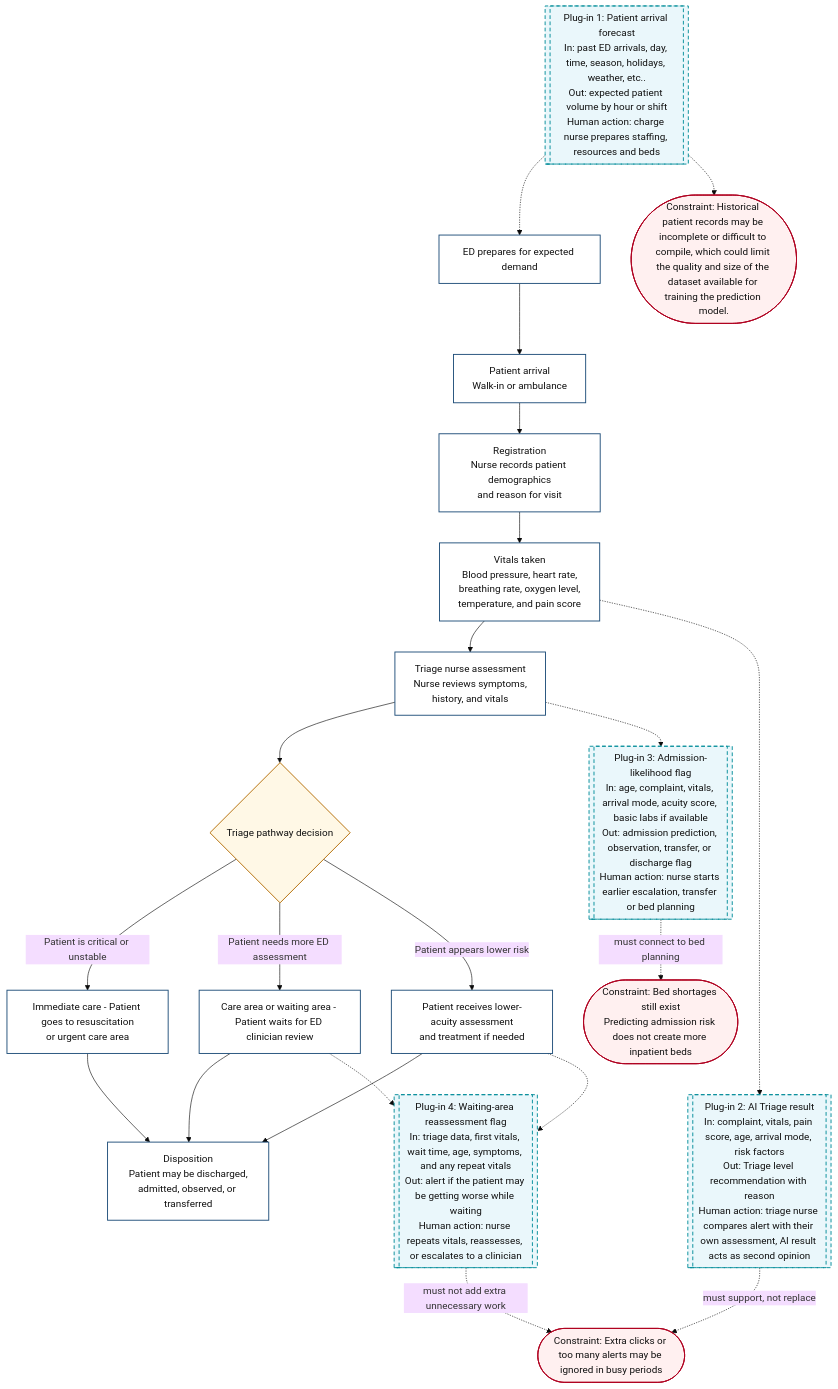
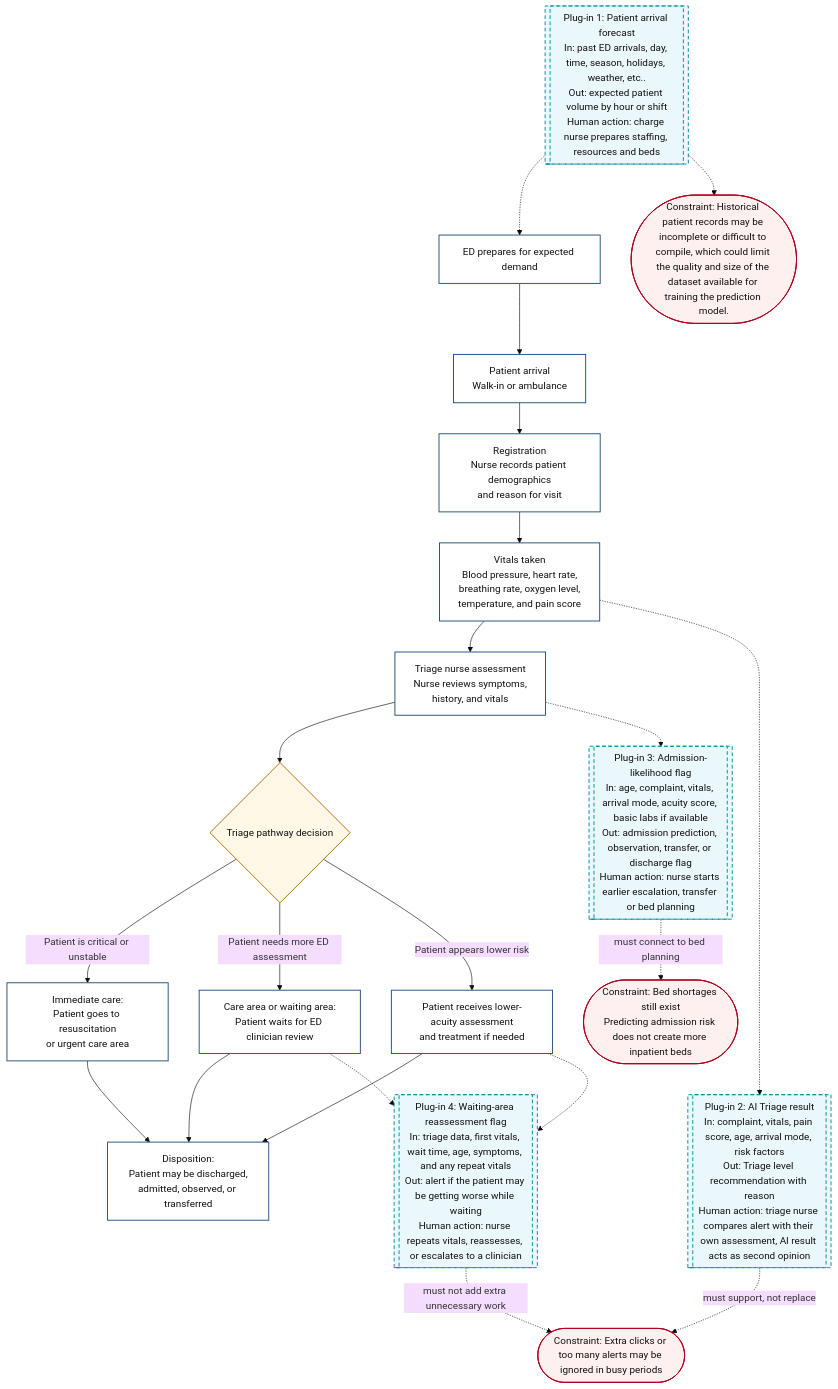
The diagram in docs/week_3_workflow_diagram.md (tinadams/carisurg-portfolio), drawn with Mermaid (base theme) before and after one commit.

Commit message:
Refine workflow diagram text for clarity

````diff
--- a/docs/week_3_workflow_diagram.md
+++ b/docs/week_3_workflow_diagram.md
@@ -1,61 +1,61 @@
 ```mermaid
 flowchart TD
 
 A[Patient arrival<br/>Walk-in or ambulance] --> B[Registration<br/>Nurse records patient demographics<br/>and reason for visit]
 
 B --> C[Vitals taken<br/>Blood pressure, heart rate,<br/>breathing rate, oxygen level,<br/>temperature, and pain score]
 
 C --> D[Triage nurse assessment<br/>Nurse reviews symptoms,<br/>history, and vitals]
 
 D --> E{Triage pathway decision}
 
-E -->|Patient is critical or unstable| F[Immediate care - Patient goes to resuscitation<br/>or urgent care area]
+E -->|Patient is critical or unstable| F[Immediate care:<br/>Patient goes to resuscitation<br/>or urgent care area]
 
-E -->|Patient needs more ED assessment| G[Care area or waiting area - Patient waits for ED clinician review]
+E -->|Patient needs more ED assessment| G[Care area or waiting area:<br/>Patient waits for ED clinician review]
 
 E -->|Patient appears lower risk| H[Patient receives lower-acuity assessment<br/>and treatment if needed]
 
-H --> I[Disposition<br/>Patient may be discharged,<br/>admitted, observed, or transferred]
+H --> I[Disposition:<br/>Patient may be discharged,<br/>admitted, observed, or transferred]
 
-F --> I[Disposition<br/>Patient may be discharged,<br/>admitted, observed, or transferred]
+F --> I[Disposition:<br/>Patient may be discharged,<br/>admitted, observed, or transferred]
 
-G --> I[Disposition<br/>Patient may be discharged,<br/>admitted, observed, or transferred]
+G --> I[Disposition:<br/>Patient may be discharged,<br/>admitted, observed, or transferred]
 
 AI1[[Plug-in 1: Patient arrival forecast<br/>In: past ED arrivals, day, time, season, holidays, weather, etc..<br/>Out: expected patient volume by hour or shift<br/>Human action: charge nurse prepares staffing, resources and beds]]
 
 AI2[[Plug-in 2: AI Triage result<br/>In: complaint, vitals, pain score, age, arrival mode, risk factors<br/>Out: Triage level recommendation with reason<br/>Human action: triage nurse compares alert with their own assessment, AI result acts as second opinion]]
 
 AI3[[Plug-in 3: Admission-likelihood flag<br/>In: age, complaint, vitals, arrival mode, acuity score, basic labs if available<br/>Out: admission prediction, observation, transfer, or discharge flag<br/>Human action: nurse starts earlier escalation, transfer or bed planning]]
 
 AI4[[Plug-in 4: Waiting-area reassessment flag<br/>In: triage data, first vitals, wait time, age, symptoms, and any repeat vitals<br/>Out: alert if the patient may be getting worse while waiting<br/>Human action: nurse repeats vitals, reassesses, or escalates to a clinician]]
 
 PRE[ED prepares for expected demand]
 
 AI1 -.-> PRE
 PRE --> A
 D -.-> AI3
 C -.-> AI2
 G -.-> AI4
 H -.-> AI4
 
 C1([Constraint: Historical patient records may be incomplete or difficult to compile, which could limit the quality and size of the dataset available for training the prediction model.])
 
 C2([Constraint: Extra clicks or too many alerts may be ignored in busy periods])
 
 C3([Constraint: Bed shortages still exist<br/>Predicting admission risk does not create more inpatient beds])
 
 AI1 -.-> C1
 AI2 -. must support, not replace .-> C2
 AI3 -. must connect to bed planning .-> C3
 AI4 -. must not add extra unnecessary work .-> C2
 
 classDef process fill:#ffffff,stroke:#1f4e79,stroke-width:1.5px,color:#111;
 classDef decision fill:#fff8e6,stroke:#b36b00,stroke-width:1.5px,color:#111;
 classDef ai fill:#eaf7fb,stroke:#008c99,stroke-width:1.5px,stroke-dasharray: 6 4,color:#111;
 classDef constraint fill:#fff0f0,stroke:#b00020,stroke-width:1.5px,color:#111;
 
 class A,B,C,D,F,G,H,I,PRE process;
 class E decision;
 class AI1,AI2,AI3,AI4 ai;
 class C1,C2,C3 constraint;
 ```
````
